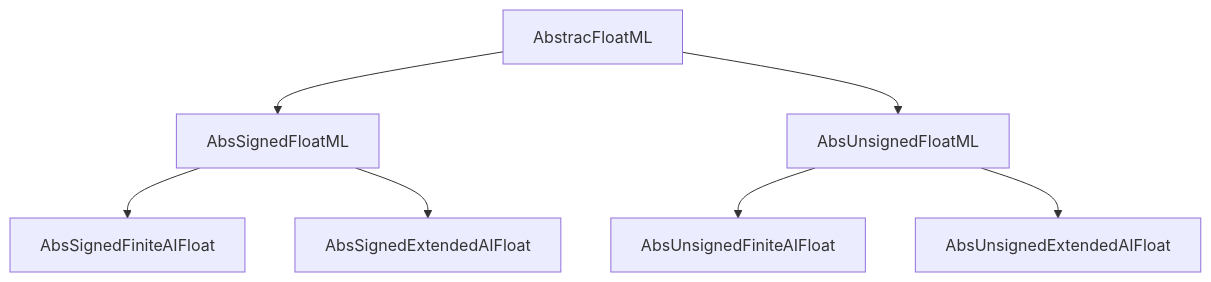
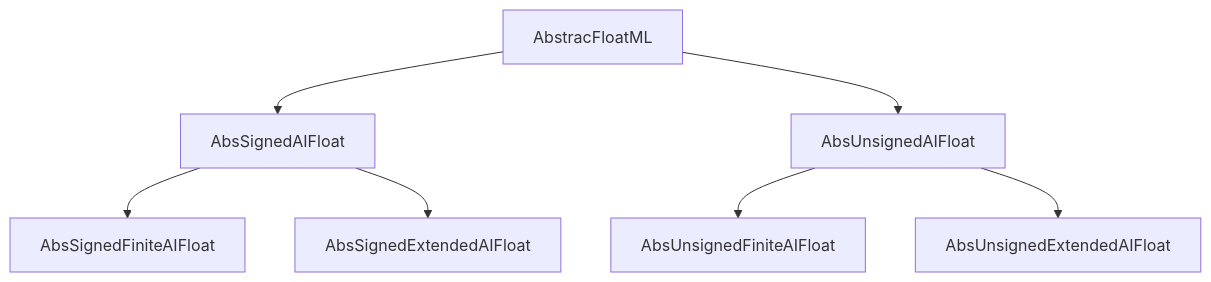
Before and after one commit to JeffreySarnoff/AIFloats.jl: the first of 2 diagrams in docs/src/abstractions.md, drawn with Mermaid. The commit also changed 4 other files, not shown here.

````diff
--- a/docs/src/abstractions.md
+++ b/docs/src/abstractions.md
@@ -5,10 +5,10 @@
 ```mermaid
 graph TD
     A[AbstracFloatML]
-    A--> S[AbsSignedFloatML]
-    A--> U[AbsUnsignedFloatML]
+    A--> S[AbsSignedAIFloat]
+    A--> U[AbsUnsignedAIFloat]
     S--> SF[AbsSignedFiniteAIFloat]
     S--> SE[AbsSignedExtendedAIFloat]
     U--> UF[AbsUnsignedFiniteAIFloat]
     U--> UE[AbsUnsignedExtendedAIFloat]
 ```
````
